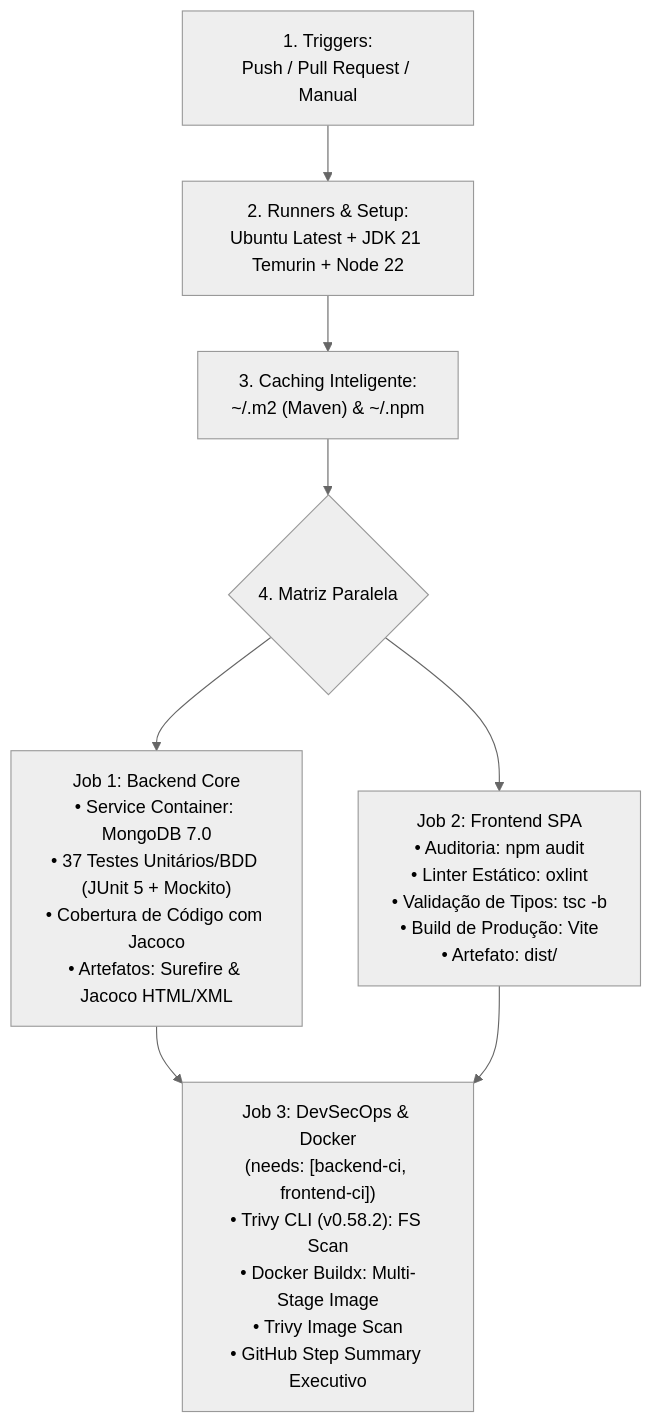
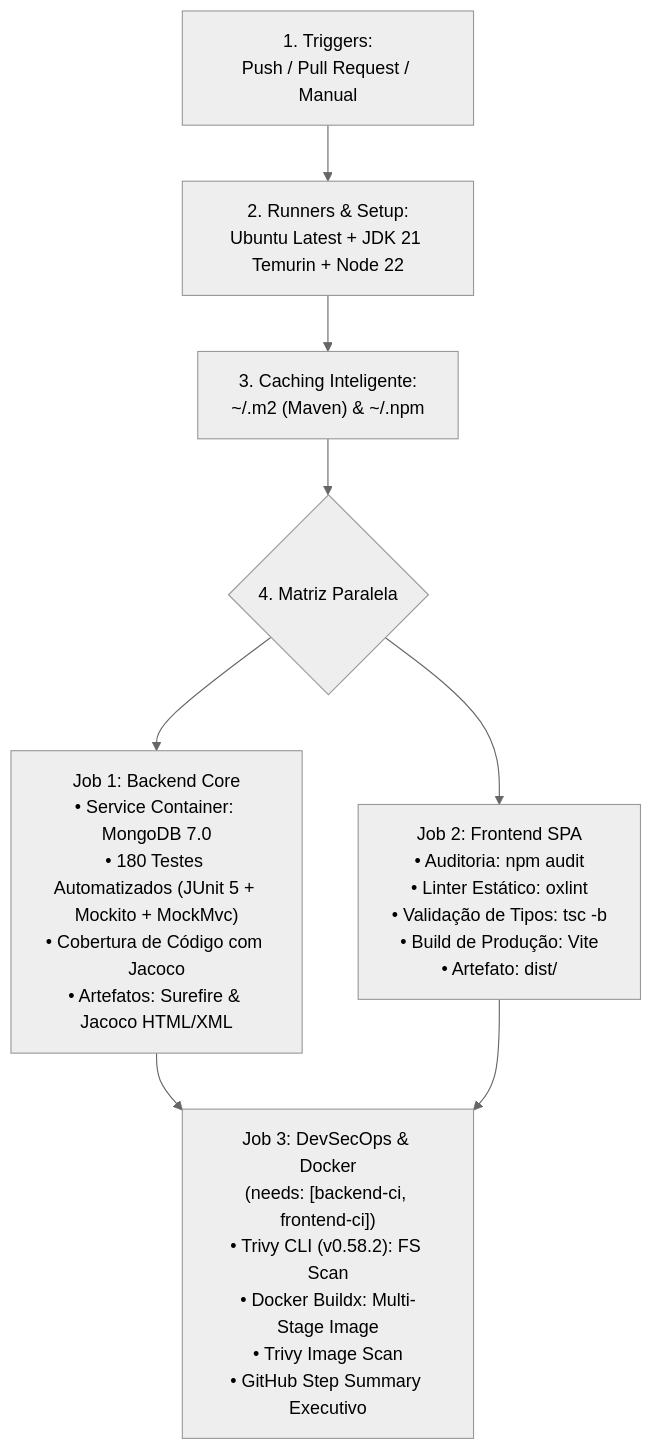
One commit to GuilhermeSilva-25/active-age changed the diagram in 4-Semestre/devops/docs-pipeline.md. Above: the diagram before and after it, drawn with Mermaid (neutral theme). The commit also changed other lines of this file and 3 other files, not shown here.

Commit message:
ci(pipeline): atualiza relatorio executivo e metricas da pipeline para 180 testes e 84% jacoco

````diff
--- a/4-Semestre/devops/docs-pipeline.md
+++ b/4-Semestre/devops/docs-pipeline.md
@@ -19,10 +19,10 @@
 ```mermaid
 flowchart TD
     TRIG["1. Triggers:<br>Push / Pull Request / Manual"] --> RUNNERS["2. Runners & Setup:<br>Ubuntu Latest + JDK 21 Temurin + Node 22"]
     RUNNERS --> CACHE["3. Caching Inteligente:<br>~/.m2 (Maven) & ~/.npm"]
     CACHE --> FORK{"4. Matriz Paralela"}
-    FORK --> BACK["Job 1: Backend Core<br>• Service Container: MongoDB 7.0<br>• 37 Testes Unitários/BDD (JUnit 5 + Mockito)<br>• Cobertura de Código com Jacoco<br>• Artefatos: Surefire & Jacoco HTML/XML"]
+    FORK --> BACK["Job 1: Backend Core<br>• Service Container: MongoDB 7.0<br>• 180 Testes Automatizados (JUnit 5 + Mockito + MockMvc)<br>• Cobertura de Código com Jacoco<br>• Artefatos: Surefire & Jacoco HTML/XML"]
     FORK --> FRONT["Job 2: Frontend SPA<br>• Auditoria: npm audit<br>• Linter Estático: oxlint<br>• Validação de Tipos: tsc -b<br>• Build de Produção: Vite<br>• Artefato: dist/"]
     BACK --> SEC["Job 3: DevSecOps & Docker<br>(needs: [backend-ci, frontend-ci])<br>• Trivy CLI (v0.58.2): FS Scan<br>• Docker Buildx: Multi-Stage Image<br>• Trivy Image Scan<br>• GitHub Step Summary Executivo"]
     FRONT --> SEC
 ```
````
